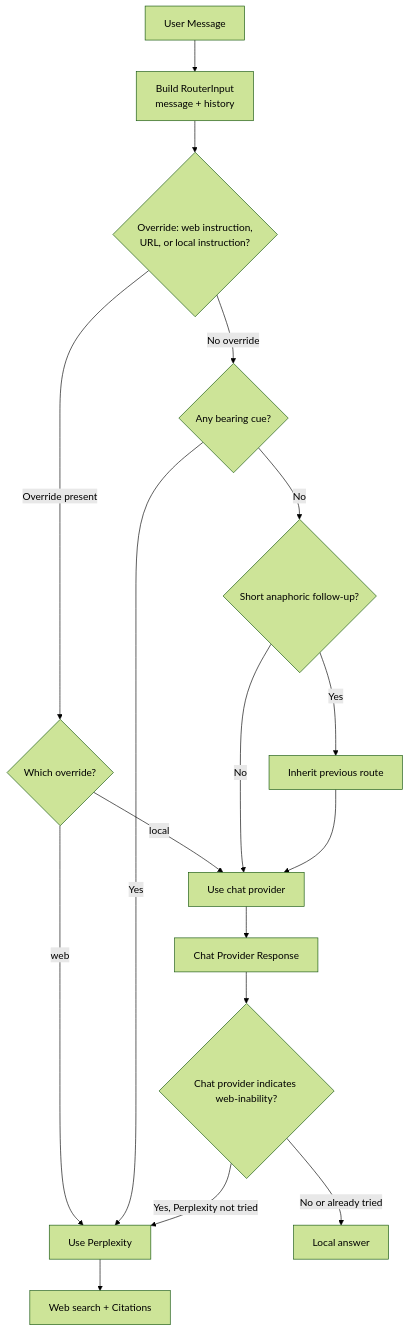
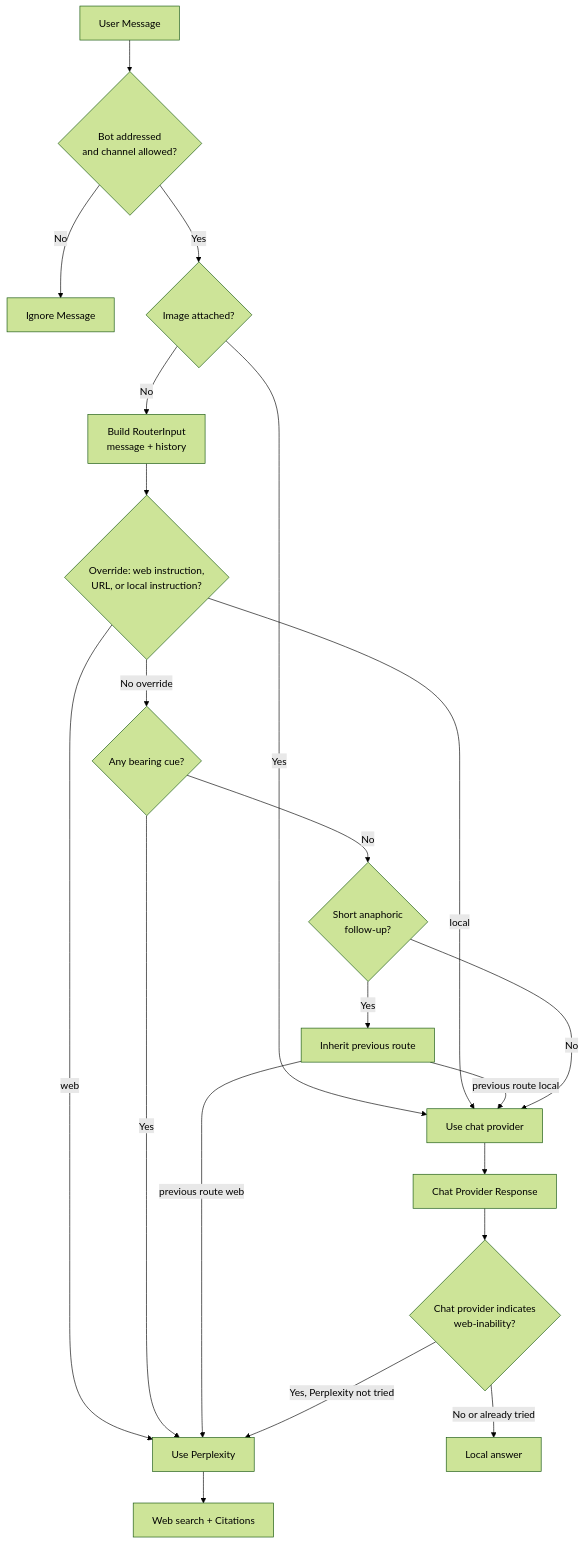
Before and after one commit to johndotpub/DiscordianAI: the diagram in docs/README.md, drawn with Mermaid (forest theme). The commit also changed 8 other files, not shown here.

````diff
--- a/docs/README.md
+++ b/docs/README.md
@@ -46,24 +46,26 @@
 ```mermaid
 flowchart TD
-    A[User Message] --> S[Build RouterInput
-message + history]
-    S --> C{Override: web instruction,
-URL, or local instruction?}
-    C -->|Override present| V{Which override?}
-    V -->|web| F[Use Perplexity]
-    V -->|local| J[Use chat provider]
-    C -->|No override| G{Any bearing cue?}
-    G -->|Yes| F
-    G -->|No| H{Short anaphoric follow-up?}
-    H -->|Yes| I[Inherit previous route]
-    H -->|No| J[Use chat provider]
-    I --> J
+    A["User Message"] --> GATE{"Bot addressed<br/>and channel allowed?"}
+    GATE -->|"No"| Z["Ignore Message"]
+    GATE -->|"Yes"| IMG{"Image attached?"}
+    IMG -->|"Yes"| J["Use chat provider"]
+    IMG -->|"No"| S["Build RouterInput<br/>message + history"]
+    S --> C{"Override: web instruction,<br/>URL, or local instruction?"}
+    C -->|"web"| F["Use Perplexity"]
+    C -->|"local"| J
+    C -->|"No override"| G{"Any bearing cue?"}
+    G -->|"Yes"| F
+    G -->|"No"| H{"Short anaphoric<br/>follow-up?"}
+    H -->|"Yes"| I["Inherit previous route"]
+    I -->|"previous route web"| F
+    I -->|"previous route local"| J
+    H -->|"No"| J
 
     %% Chat path includes a web-inability check that can reroute to Perplexity once
-    J --> O[Chat Provider Response]
-    O --> WI{Chat provider indicates web-inability?}
-    WI -->|Yes, Perplexity not tried| F
-    WI -->|No or already tried| M[Local answer]
+    J --> O["Chat Provider Response"]
+    O --> WI{"Chat provider indicates<br/>web-inability?"}
+    WI -->|"Yes, Perplexity not tried"| F
+    WI -->|"No or already tried"| M["Local answer"]
 
-    F --> L2[Web search + Citations]
+    F --> L2["Web search + Citations"]
 ```
````
